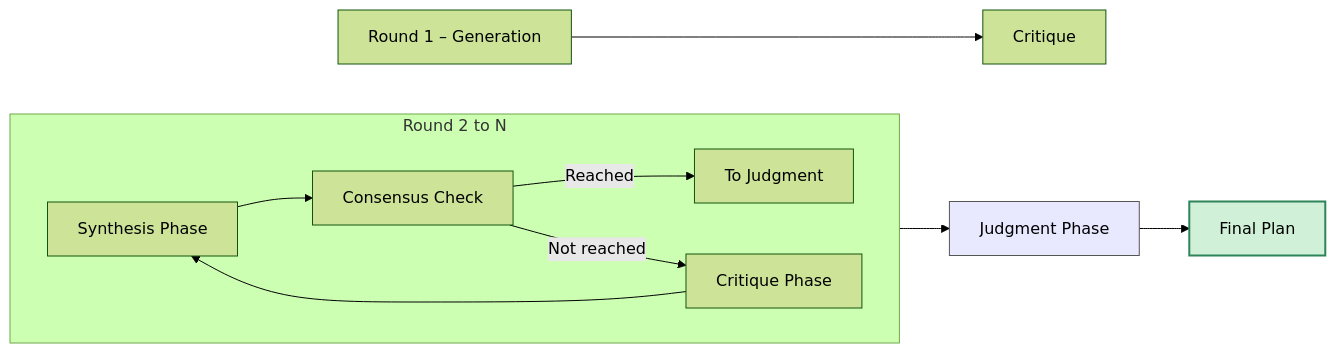
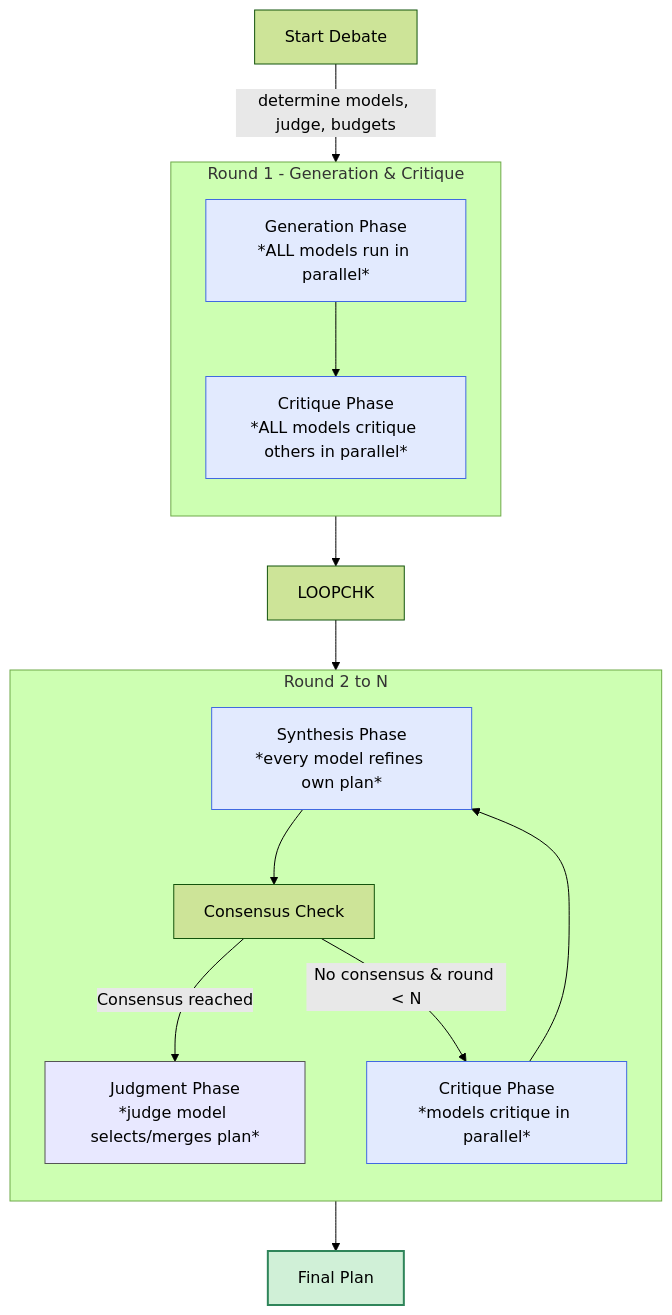
The first of 2 diagrams in README.md (jalehman/mcp-sage), drawn with Mermaid (forest theme) before and after one commit. The commit also changed other lines of this file, not shown here.

First line of the commit message:
docs: improve debate flow diagrams with accurate implementation details

````diff
--- a/README.md
+++ b/README.md
@@ -74,18 +74,29 @@
 ```mermaid
-flowchart LR
-  %% ─────────────────────────  ROUND 1  ─────────────────────────
-  A1[Round 1 – Generation] --> A2[Critique]
+flowchart TD
+  S0[Start Debate] -->|determine models, judge, budgets| R1GEN
 
-  subgraph Loop["Round 2 to N"]
-    direction LR
-    B1["Synthesis Phase"] --> B2["Consensus Check"]
-    B2 -->|Reached| F["To Judgment"]
-    B2 -->|Not reached| B3["Critique Phase"] --> B1
+  subgraph "Round 1  -  Generation & Critique"
+    direction TB
+    R1GEN["Generation Phase<br/>*ALL models run in parallel*"]
+    R1GEN --> R1CRIT["Critique Phase<br/>*ALL models critique others in parallel*"]
   end
+  R1CRIT --> LOOPCHK
 
-  F --> J["Judgment Phase"]
-  J --> G["Final Plan"]
+  subgraph "Round 2 to N"
+    direction TB
+    SYNTH["Synthesis Phase<br/>*every model refines own plan*"]
+    SYNTH --> CONS[Consensus Check]
+    CONS -->|Consensus reached| JUDGE
+    CONS -->|No consensus & round < N| CRIT["Critique Phase<br/>*models critique in parallel*"]
+    CRIT --> SYNTH
+  end
+  LOOPCHK --> SYNTH
 
-  style G fill:#D0F0D7,stroke:#2F855A,stroke-width:2px
-  style J fill:#E8E8FF,stroke:#555,stroke-width:1px
+  JUDGE[Judgment Phase<br/>*judge model selects/merges plan*]
+  JUDGE --> FP[Final Plan]
+
+  classDef round fill:#e2eafe,stroke:#4169E1;
+  class R1GEN,R1CRIT,SYNTH,CRIT round;
+  style FP fill:#D0F0D7,stroke:#2F855A,stroke-width:2px
+  style JUDGE fill:#E8E8FF,stroke:#555,stroke-width:1px
 ```
````
